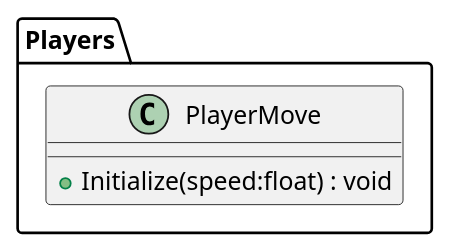
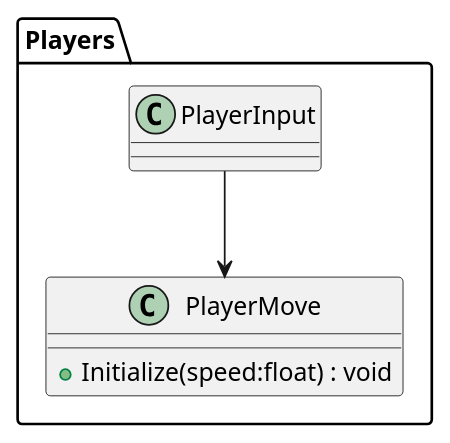
One commit to asterisk-cn/RougueShooter changed the diagram in plantuml/target/Player/PlayerMove.puml. Above: the diagram before and after it, drawn with PlantUML. The commit also changed 26 other files, not shown here.

```diff
--- a/plantuml/target/Player/PlayerMove.puml
+++ b/plantuml/target/Player/PlayerMove.puml
@@ -1,7 +1,8 @@
 @startuml
 namespace Players{
 class PlayerMove {
     + Initialize(speed:float) : void
 }
 }
+Players.PlayerInput --> PlayerMove
 @enduml
```
